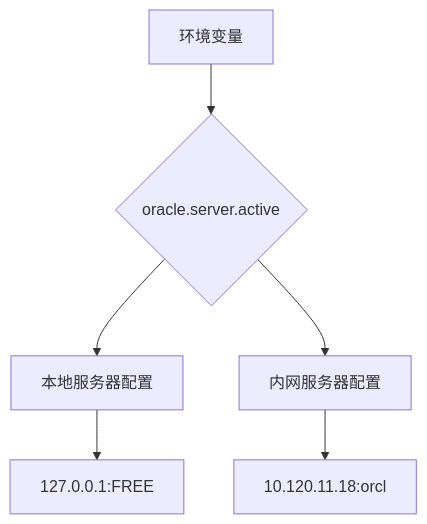
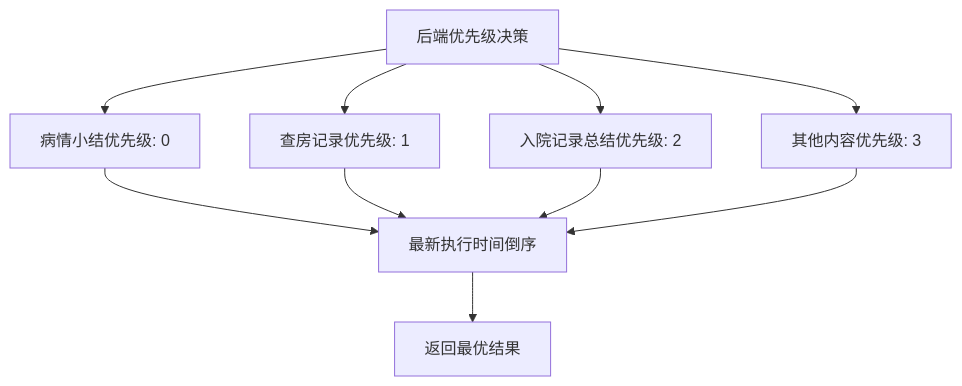
One commit to liuzh2008/med_ai_assistant_workspace changed the second of 3 diagrams in .qoder/repowiki/zh/content/Update Summary/Update Summary.md. Above: the diagram before and after it, drawn with Mermaid. The commit also changed other lines of this file and 14 other files, not shown here.

````diff
--- a/.qoder/repowiki/zh/content/Update Summary/Update Summary.md
+++ b/.qoder/repowiki/zh/content/Update Summary/Update Summary.md
@@ -375,8 +358,12 @@
 ```mermaid
-graph TB
-A[环境变量] --> B{oracle.server.active}
-B --> C[本地服务器配置]
-B --> D[内网服务器配置]
-C --> E[127.0.0.1:FREE]
-D --> F[10.120.11.18:orcl]
+graph TD
+A[后端优先级决策] --> B[病情小结优先级: 0]
+A --> C[查房记录优先级: 1]
+A --> D[入院记录总结优先级: 2]
+A --> E[其他内容优先级: 3]
+B --> F[最新执行时间倒序]
+C --> F
+D --> F
+E --> F
+F --> G[返回最优结果]
 ```
````
